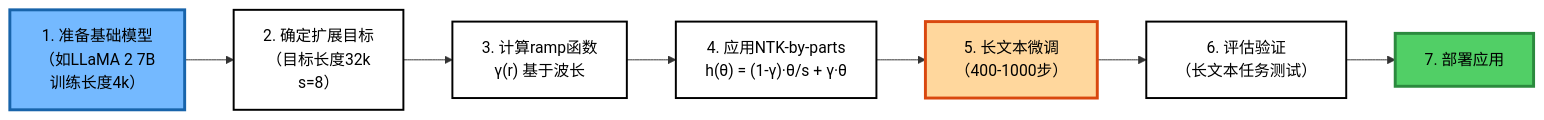
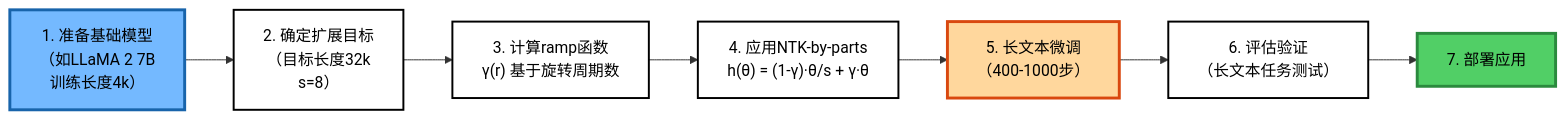
Before and after one commit to is-Aaron/is-Aaron.github.io: the sixth of 9 diagrams in _posts/2026-02-05-yarn-context-extension.md, drawn with Mermaid. The commit also changed other lines of this file and 15 other files, not shown here.

````diff
--- a/_posts/2026-02-05-yarn-context-extension.md
+++ b/_posts/2026-02-05-yarn-context-extension.md
@@ -308,17 +309,17 @@
 ```mermaid
 flowchart LR
     A["1. 准备基础模型<br/>（如LLaMA 2 7B<br/>训练长度4k）"] --> B["2. 确定扩展目标<br/>（目标长度32k<br/>s=8）"]
-    B --> C["3. 计算ramp函数<br/>γ(r) 基于波长"]
+    B --> C["3. 计算ramp函数<br/>γ(r) 基于旋转周期数"]
     C --> D["4. 应用NTK-by-parts<br/>h(θ) = (1-γ)·θ/s + γ·θ"]
     D --> E["5. 长文本微调<br/>（400-1000步）"]
     E --> F["6. 评估验证<br/>（长文本任务测试）"]
     F --> G["7. 部署应用"]
     
     style A fill:#74b9ff,stroke:#1864ab,stroke-width:3px,color:#000
     style B fill:#fff,stroke:#000,stroke-width:2px,color:#000
     style C fill:#fff,stroke:#000,stroke-width:2px,color:#000
     style D fill:#fff,stroke:#000,stroke-width:2px,color:#000
     style E fill:#ffd79d,stroke:#d9480f,stroke-width:3px,color:#000
     style F fill:#fff,stroke:#000,stroke-width:2px,color:#000
     style G fill:#51cf66,stroke:#2b8a3e,stroke-width:3px,color:#000
 ```
````
